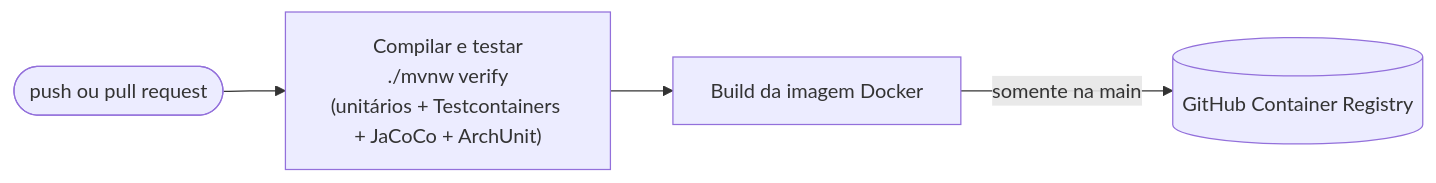
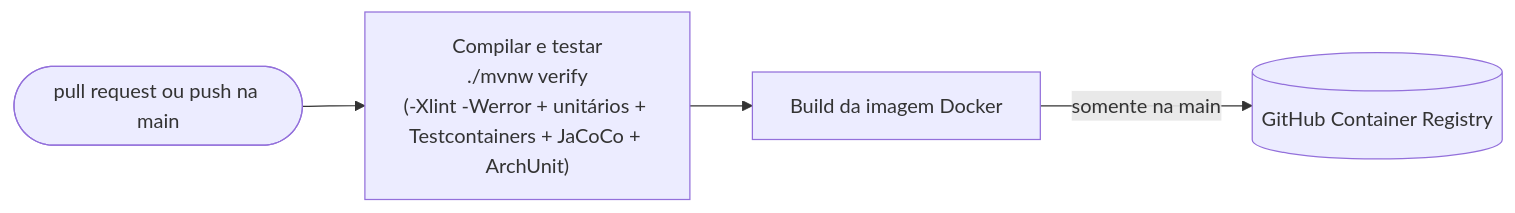
The tenth of 10 diagrams in docs/02-arquitetura.md (rafaelsdiniz/obrigacoes-backend), drawn with Mermaid before and after one commit. The commit also changed other lines of this file and 7 other files, not shown here.

````diff
--- a/docs/02-arquitetura.md
+++ b/docs/02-arquitetura.md
@@ -526,6 +533,6 @@
 ```mermaid
 flowchart LR
-    push([push ou pull request]) --> build["Compilar e testar<br>./mvnw verify<br>(unitários + Testcontainers + JaCoCo + ArchUnit)"]
+    push([pull request ou push na main]) --> build["Compilar e testar<br>./mvnw verify<br>(-Xlint -Werror + unitários + Testcontainers + JaCoCo + ArchUnit)"]
     build --> docker["Build da imagem Docker"]
     docker -- "somente na main" --> ghcr[("GitHub Container Registry")]
 ```
````
